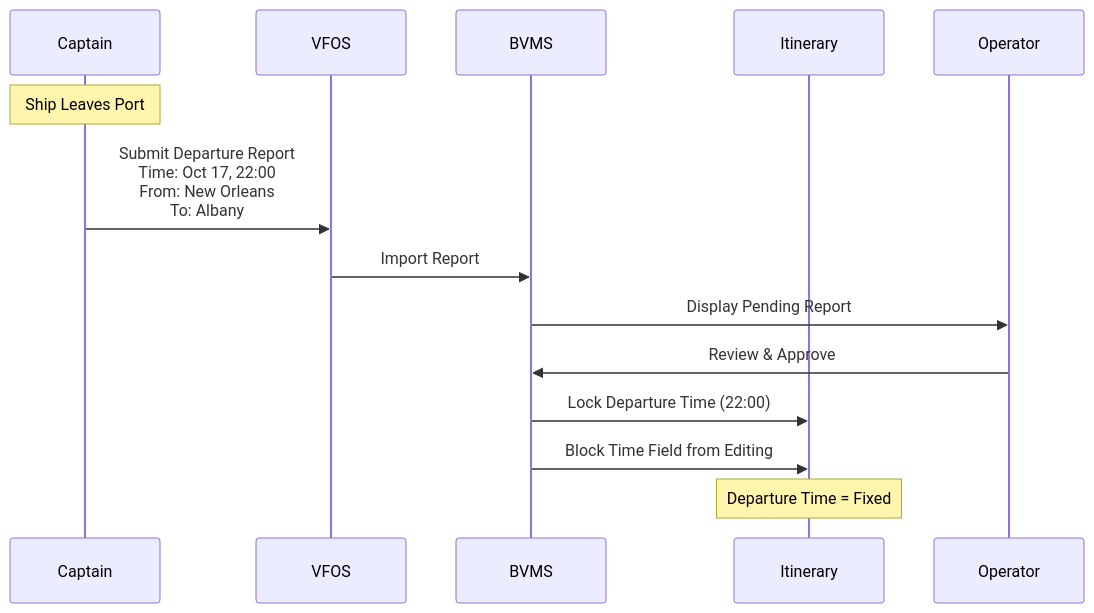
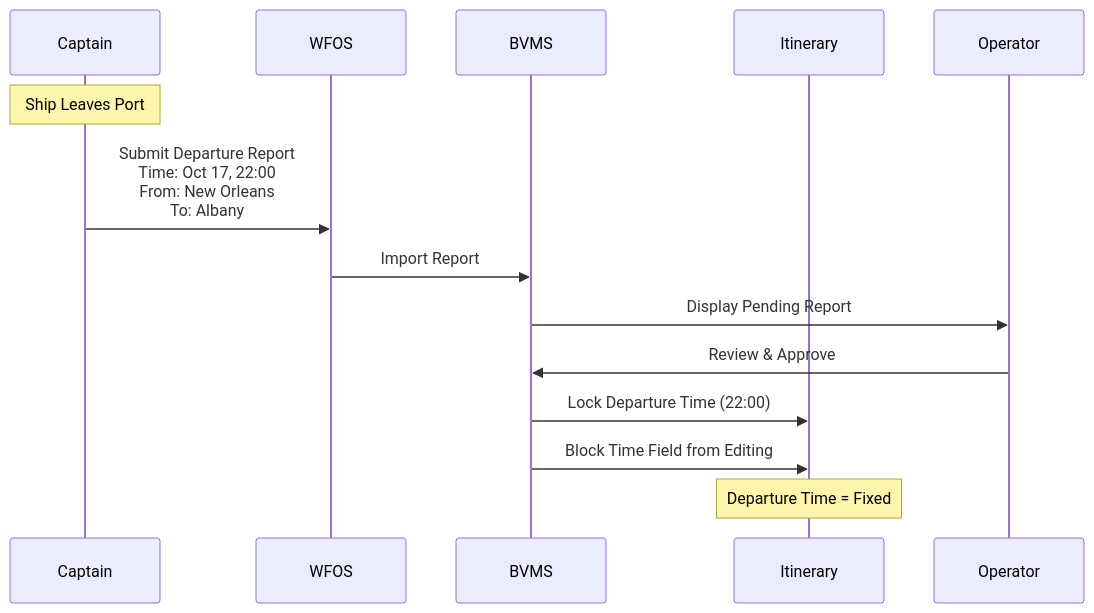
One commit to NguyenPhamCode4You/ai-home-lab-docker-compose changed the fourth of 22 diagrams in transcribe/VesselReport_Final_Documentation.md. Above: the diagram before and after it, drawn with Mermaid. The commit also changed other lines of this file, not shown here.

````diff
--- a/transcribe/VesselReport_Final_Documentation.md
+++ b/transcribe/VesselReport_Final_Documentation.md
@@ -315,16 +316,16 @@
 ```mermaid
 sequenceDiagram
     participant Cap as Captain
-    participant VF as VFOS
+    participant VF as WFOS
     participant BV as BVMS
     participant Itin as Itinerary
 
     Note over Cap: Ship Leaves Port
     Cap->>VF: Submit Departure Report<br/>Time: Oct 17, 22:00<br/>From: New Orleans<br/>To: Albany
     VF->>BV: Import Report
     BV->>Operator: Display Pending Report
     Operator->>BV: Review & Approve
     BV->>Itin: Lock Departure Time (22:00)
     BV->>Itin: Block Time Field from Editing
     Note over Itin: Departure Time = Fixed
 ```
````
